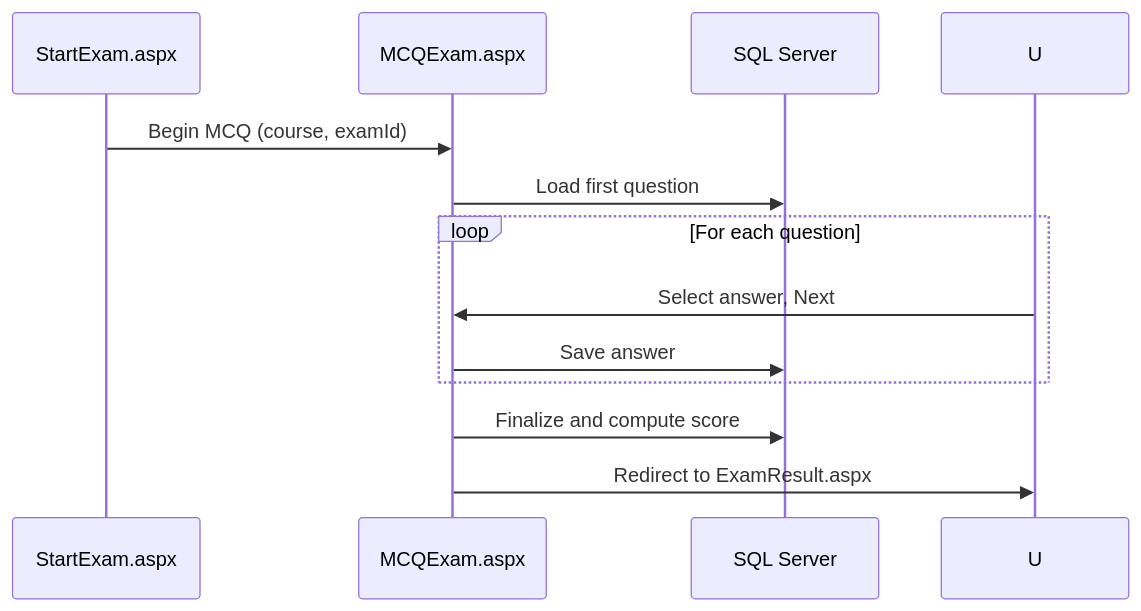
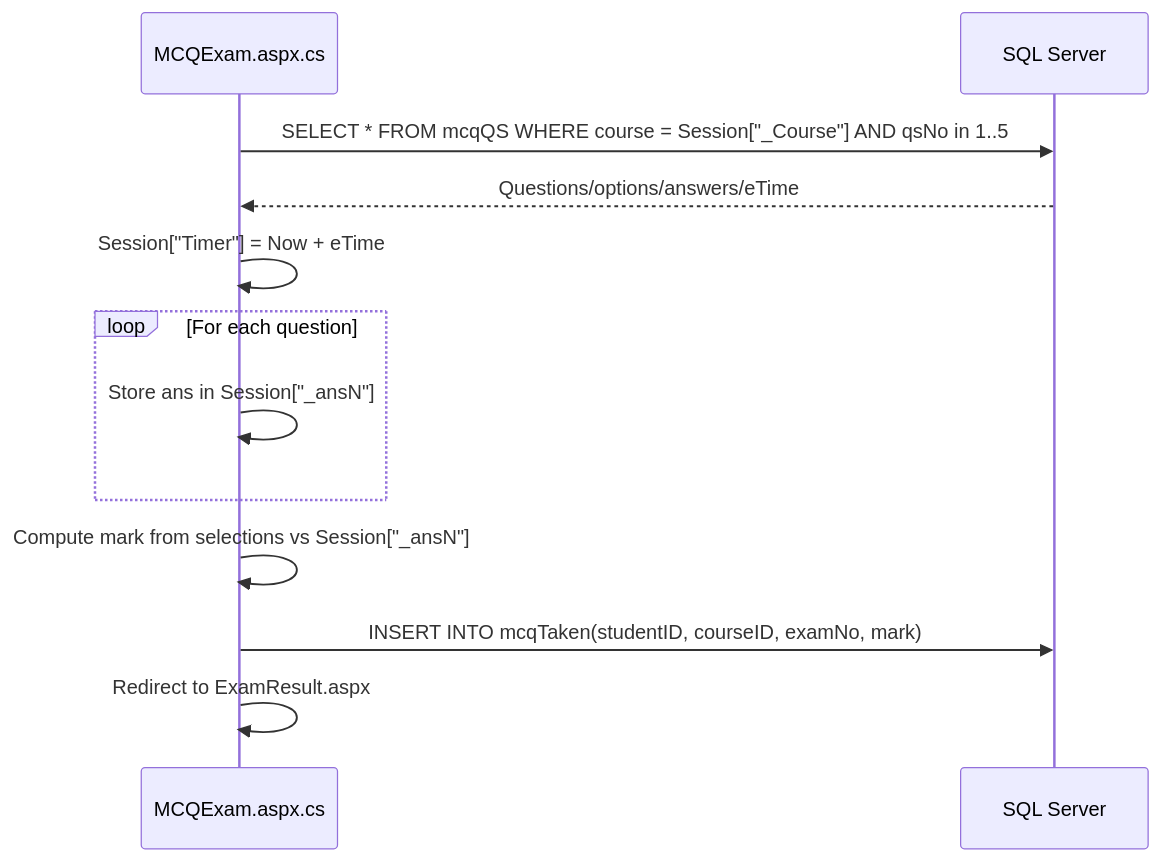
Before and after one commit to kavia-common/Online-Examination-System-3411: the sixth of 8 diagrams in docs/Architecture.md, drawn with Mermaid. The commit also changed other lines of this file and 7 other files, not shown here.

````diff
--- a/docs/Architecture.md
+++ b/docs/Architecture.md
@@ -46,15 +202,15 @@
 ```mermaid
 sequenceDiagram
-    participant S as StartExam.aspx
-    participant M as MCQExam.aspx
+    participant M as MCQExam.aspx.cs
     participant DB as SQL Server
 
-    S->>M: Begin MCQ (course, examId)
-    M->>DB: Load first question
+    M->>DB: SELECT * FROM mcqQS WHERE course = Session["_Course"] AND qsNo in 1..5
+    DB-->>M: Questions/options/answers/eTime
+    M->>M: Session["Timer"] = Now + eTime
     loop For each question
-        U->>M: Select answer, Next
-        M->>DB: Save answer
+        M->>M: Store ans in Session["_ansN"]
     end
-    M->>DB: Finalize and compute score
-    M->>U: Redirect to ExamResult.aspx
+    M->>M: Compute mark from selections vs Session["_ansN"]
+    M->>DB: INSERT INTO mcqTaken(studentID, courseID, examNo, mark)
+    M->>M: Redirect to ExamResult.aspx
 ```
````
